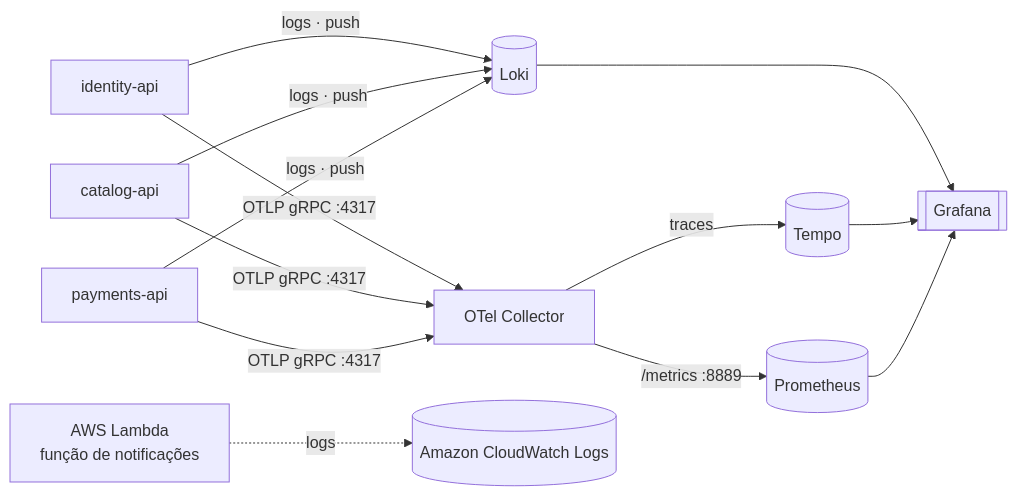
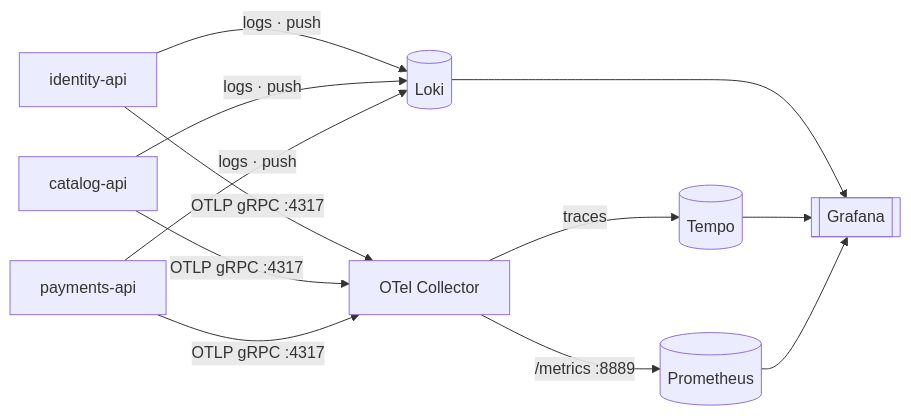
The second of 2 diagrams in README.md (reinaldogez/fcg-ops), drawn with Mermaid before and after one commit. The commit also changed other lines of this file, not shown here.

````diff
--- a/README.md
+++ b/README.md
@@ -147,19 +300,17 @@
 ```mermaid
 flowchart LR
   idt[identity-api] -->|logs · push| loki[(Loki)]
   cat[catalog-api] -->|logs · push| loki
   pay[payments-api] -->|logs · push| loki
 
   idt -->|OTLP gRPC :4317| col[OTel Collector]
   cat -->|OTLP gRPC :4317| col
   pay -->|OTLP gRPC :4317| col
 
   col -->|traces| tempo[(Tempo)]
   col -->|/metrics :8889| prom[(Prometheus)]
 
   loki --> graf[[Grafana]]
   tempo --> graf
   prom --> graf
-
-  fn[AWS Lambda<br/>função de notificações] -.->|logs| cw[(Amazon CloudWatch Logs)]
 ```
````
